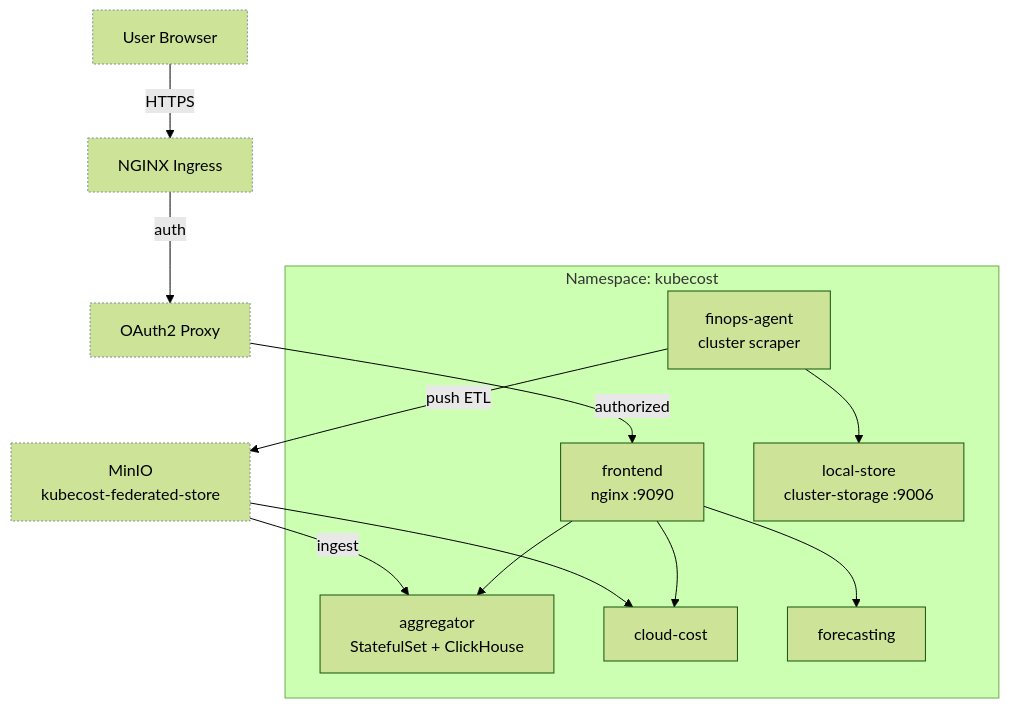
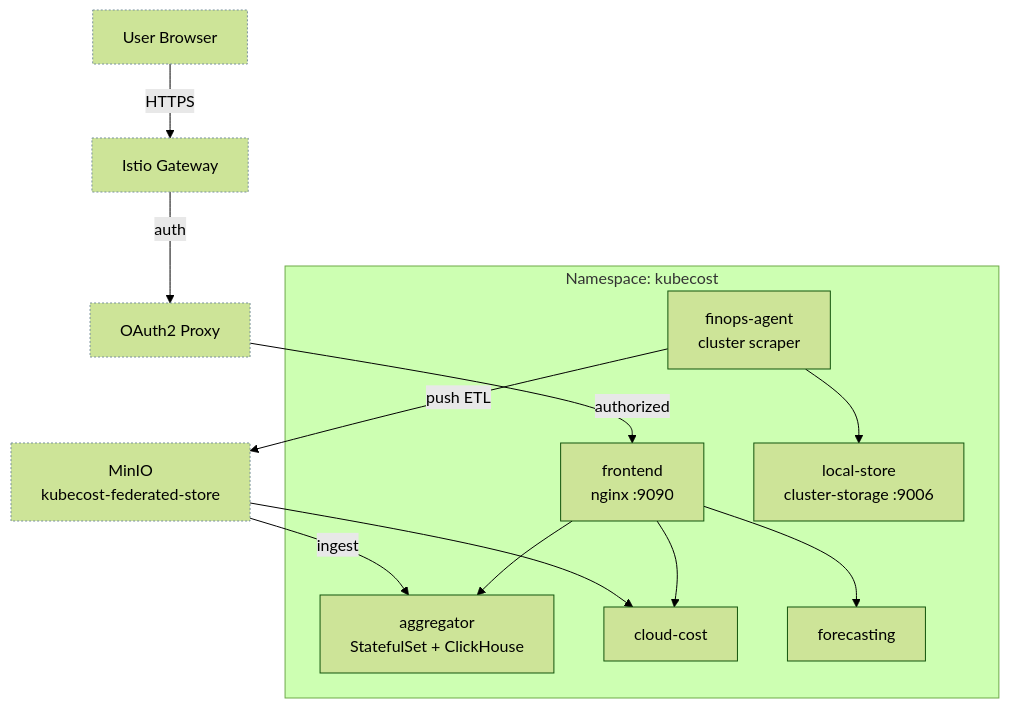
One commit to chrisleekr/homelab-infrastructure changed the diagram in docs/stage2/monitoring-kubecost.md. Above: the diagram before and after it, drawn with Mermaid (forest theme). The commit also changed other lines of this file and 143 other files, not shown here.

Commit message:
feat(stage2): migrate nginx-ingress to Istio Gateway API (#119)

````diff
--- a/docs/stage2/monitoring-kubecost.md
+++ b/docs/stage2/monitoring-kubecost.md
@@ -9,30 +9,30 @@
 ```mermaid
 flowchart TB
     UserBrowser["User Browser"]:::aux
-    NginxIngress["NGINX Ingress"]:::aux
+    IstioGateway["Istio Gateway"]:::aux
     OAuthProxy["OAuth2 Proxy"]:::aux
 
     subgraph nskubecost [Namespace: kubecost]
         FrontendUI["frontend<br/>nginx :9090"]
         Aggregator["aggregator<br/>StatefulSet + ClickHouse"]
         CloudCost["cloud-cost"]
         Forecasting["forecasting"]
         LocalStore["local-store<br/>cluster-storage :9006"]
         FinOpsAgent["finops-agent<br/>cluster scraper"]
     end
 
     MinioBucket["MinIO<br/>kubecost-federated-store"]:::aux
 
-    UserBrowser -->|HTTPS| NginxIngress
-    NginxIngress -->|auth| OAuthProxy
+    UserBrowser -->|HTTPS| IstioGateway
+    IstioGateway -->|auth| OAuthProxy
     OAuthProxy -->|authorized| FrontendUI
     FrontendUI --> Aggregator
     FrontendUI --> CloudCost
     FrontendUI --> Forecasting
     FinOpsAgent --> LocalStore
     FinOpsAgent -->|push ETL| MinioBucket
     MinioBucket -->|ingest| Aggregator
     MinioBucket --> CloudCost
 
     classDef aux stroke:#78909c,stroke-dasharray:2 2
 ```
````
